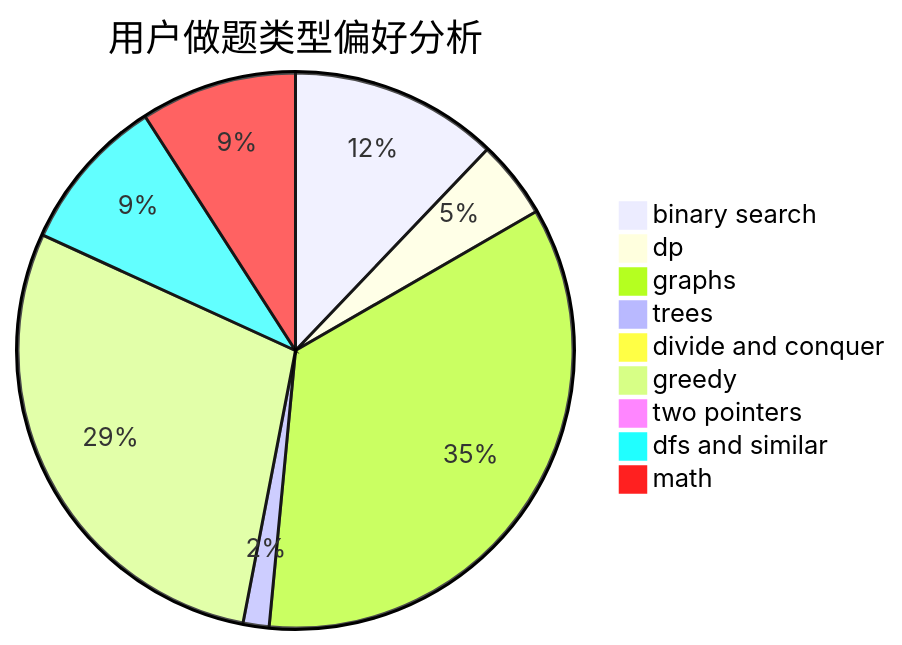
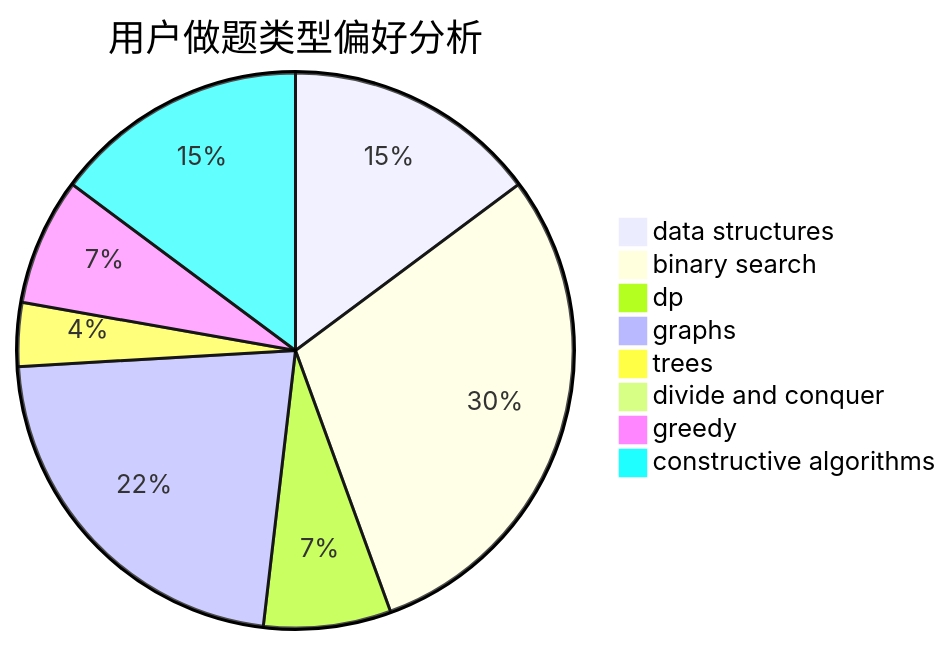
The second of 3 diagrams in docs/user/u1252.md (sherpahu/cfrs.github.io), drawn with Mermaid before and after one commit. The commit also changed other lines of this file and 2775 other files, not shown here.

````diff
--- a/docs/user/u1252.md
+++ b/docs/user/u1252.md
@@ -23,12 +23,11 @@
 ```mermaid
 pie title 用户做题类型偏好分析
+    "data structures" :  4
     "binary search" :  8
-    "dp" :  3
-    "graphs" :  23
+    "dp" :  2
+    "graphs" :  6
     "trees" :  1
     "divide and conquer" :  0
-    "greedy" :  19
-    "two pointers" :  0
-    "dfs and similar" :  6
-    "math" :  6
+    "greedy" :  2
+    "constructive algorithms" :  4
 ```
````
